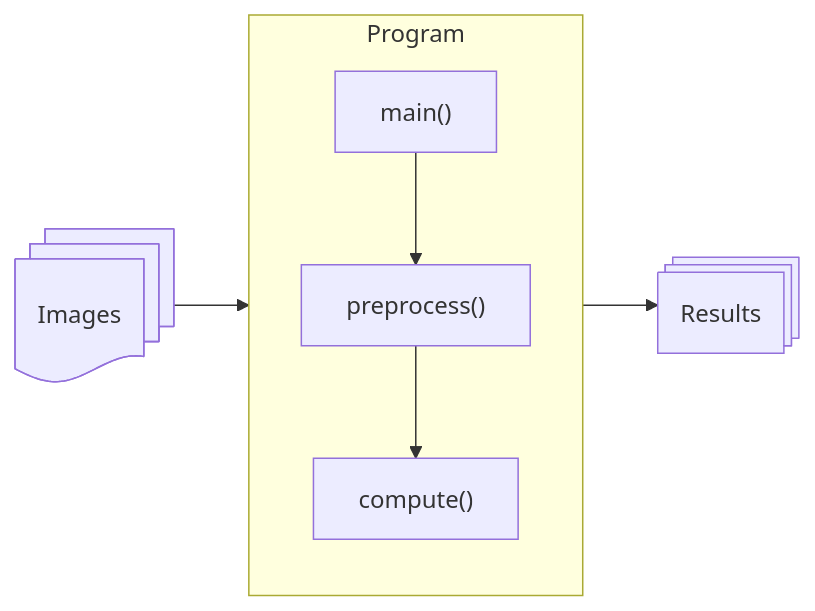
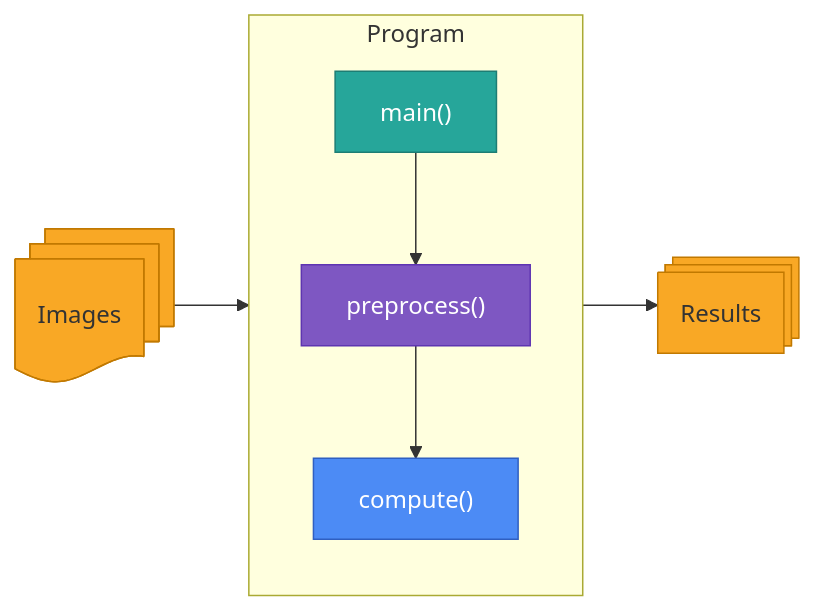
Before and after one commit to timothyalder/tplat: the first of 4 diagrams in projects/cs/index.md, drawn with Mermaid. The commit also changed other lines of this file, not shown here.

````diff
--- a/projects/cs/index.md
+++ b/projects/cs/index.md
@@ -7,13 +7,22 @@
 ```mermaid
 flowchart LR
     images@{ shape: docs, label: "Images" }
     subgraph program["Program"]
         direction TB
         main["`main()`"]
         preprocess["`preprocess()`"]
         compute["`compute()`"]
         main --> preprocess --> compute
     end
     array@{ shape: procs, label: "Results"}
     images --> program --> array
+
+    classDef main fill:#26a69a,color:#fff,stroke:#1d7d74
+    classDef preprocess fill:#7e57c2,color:#fff,stroke:#5e35b1
+    classDef compute fill:#4c8bf5,color:#fff,stroke:#2f5fc1
+    classDef data fill:#f9a825,color:#333,stroke:#c17900
+    class images,array data
+    class main main
+    class preprocess preprocess
+    class compute compute
 ```
````
